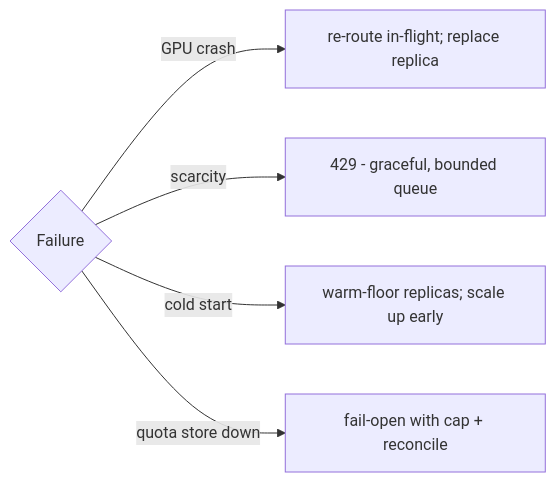
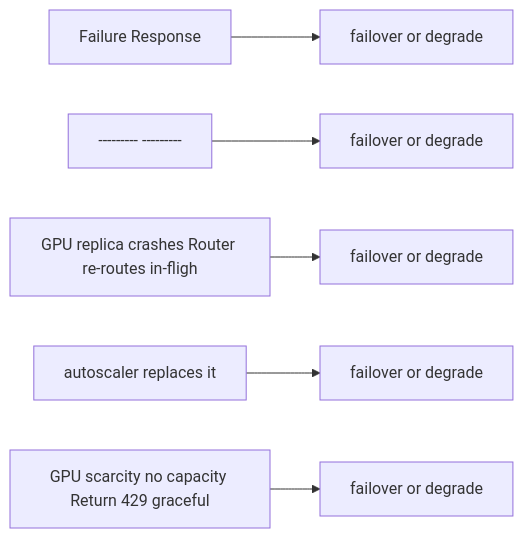
The third of 4 diagrams in case-studies/extreme/llm-inference.md (RIT-MESH/system-design-mastery), drawn with Mermaid before and after one commit. The commit also changed other lines of this file and 127 other files, not shown here.

First line of the commit message:
Improve all case study diagrams: case-specific sequences, fix truncated labels

````diff
--- a/case-studies/extreme/llm-inference.md
+++ b/case-studies/extreme/llm-inference.md
@@ -169,9 +169,19 @@
 ```mermaid
 %% created-for: system-design-mastery
 flowchart LR
-  F{"Failure"}
-  F -->|"GPU crash"| Reroute["re-route in-flight; replace replica"]
-  F -->|"scarcity"| Four["429 - graceful, bounded queue"]
-  F -->|"cold start"| Floor["warm-floor replicas; scale up early"]
-  F -->|"quota store down"| Open["fail-open with cap + reconcile"]
+  F1["Failure Response"]
+  M2["failover or degrade"]
+  F1 --> M2
+  F3["--------- ---------"]
+  M4["failover or degrade"]
+  F3 --> M4
+  F5["GPU replica crashes Router re-routes in-fligh"]
+  M6["failover or degrade"]
+  F5 --> M6
+  F7["autoscaler replaces it"]
+  M8["failover or degrade"]
+  F7 --> M8
+  F9["GPU scarcity no capacity Return 429 graceful"]
+  M10["failover or degrade"]
+  F9 --> M10
 ```
````
